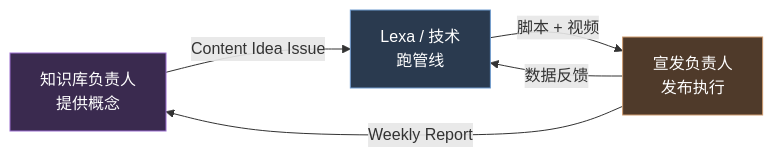
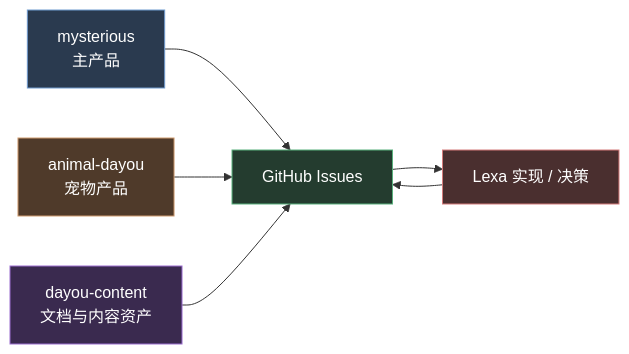
The diagram in docs/index.md (DayouProject/dayou-content), drawn with Mermaid before and after one commit. The commit also changed other lines of this file and 3 other files, not shown here.

````diff
--- a/docs/index.md
+++ b/docs/index.md
@@ -20,11 +20,14 @@
 ```mermaid
 flowchart LR
-    A[知识库负责人<br/>提供概念] -->|Content Idea Issue| B[Lexa / 技术<br/>跑管线]
-    B -->|脚本 + 视频| C[宣发负责人<br/>发布执行]
-    C -->|Weekly Report| A
-    C -->|数据反馈| B
+    A[mysterious<br/>主产品] --> D[GitHub Issues]
+    B[animal-dayou<br/>宠物产品] --> D
+    C[dayou-content<br/>文档与内容资产] --> D
+    D --> E[Lexa 实现 / 决策]
+    E --> D
 
-    style A fill:#3a2a4f,stroke:#9b6fcf,color:#fff
-    style B fill:#2a3a4f,stroke:#6f9bcf,color:#fff
-    style C fill:#4f3a2a,stroke:#cf9b6f,color:#fff
+    style A fill:#2a3a4f,stroke:#6f9bcf,color:#fff
+    style B fill:#4f3a2a,stroke:#cf9b6f,color:#fff
+    style C fill:#3a2a4f,stroke:#9b6fcf,color:#fff
+    style D fill:#243c2f,stroke:#58b07c,color:#fff
+    style E fill:#4a2f2f,stroke:#d47b7b,color:#fff
 ```
````
